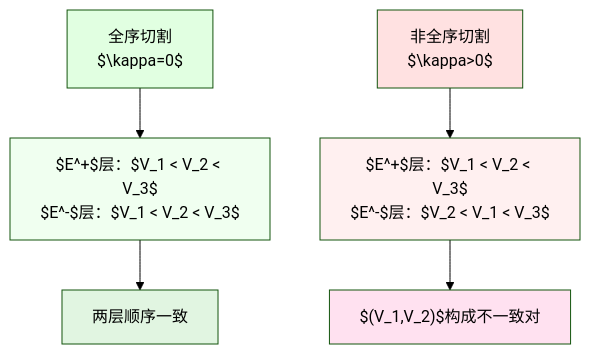
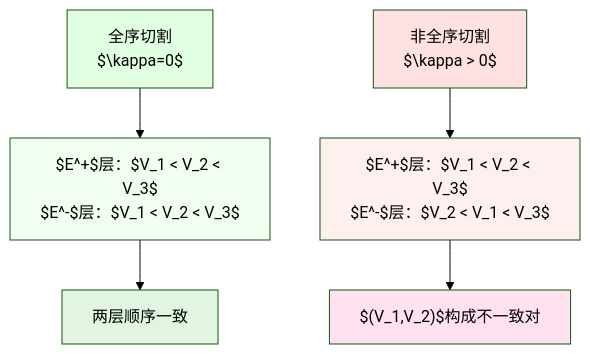
Before and after one commit to loning/zeckendorf-hilbert: the third of 6 diagrams in docs/euler-article/gls-union/21-causal-diamond-chain/03-markov-stitching.md, drawn with Mermaid (forest theme). The commit also changed other lines of this file and 7 other files, not shown here.

````diff
--- a/docs/euler-article/gls-union/21-causal-diamond-chain/03-markov-stitching.md
+++ b/docs/euler-article/gls-union/21-causal-diamond-chain/03-markov-stitching.md
@@ -207,15 +207,15 @@
 ```mermaid
 graph TD
     A["全序切割<br/>$\kappa=0$"] --> A1["$E^+$层：$V_1 < V_2 < V_3$<br/>$E^-$层：$V_1 < V_2 < V_3$"]
     A1 --> A2["两层顺序一致"]
 
-    B["非全序切割<br/>$\kappa>0$"] --> B1["$E^+$层：$V_1 < V_2 < V_3$<br/>$E^-$层：$V_2 < V_1 < V_3$"]
+    B["非全序切割<br/>$\kappa > 0$"] --> B1["$E^+$层：$V_1 < V_2 < V_3$<br/>$E^-$层：$V_2 < V_1 < V_3$"]
     B1 --> B2["$(V_1,V_2)$构成不一致对"]
 
     style A fill:#e1ffe1
     style A1 fill:#f0fff0
     style A2 fill:#e1f5e1
     style B fill:#ffe1e1
     style B1 fill:#fff0f0
     style B2 fill:#ffe1f0
 ```
````
